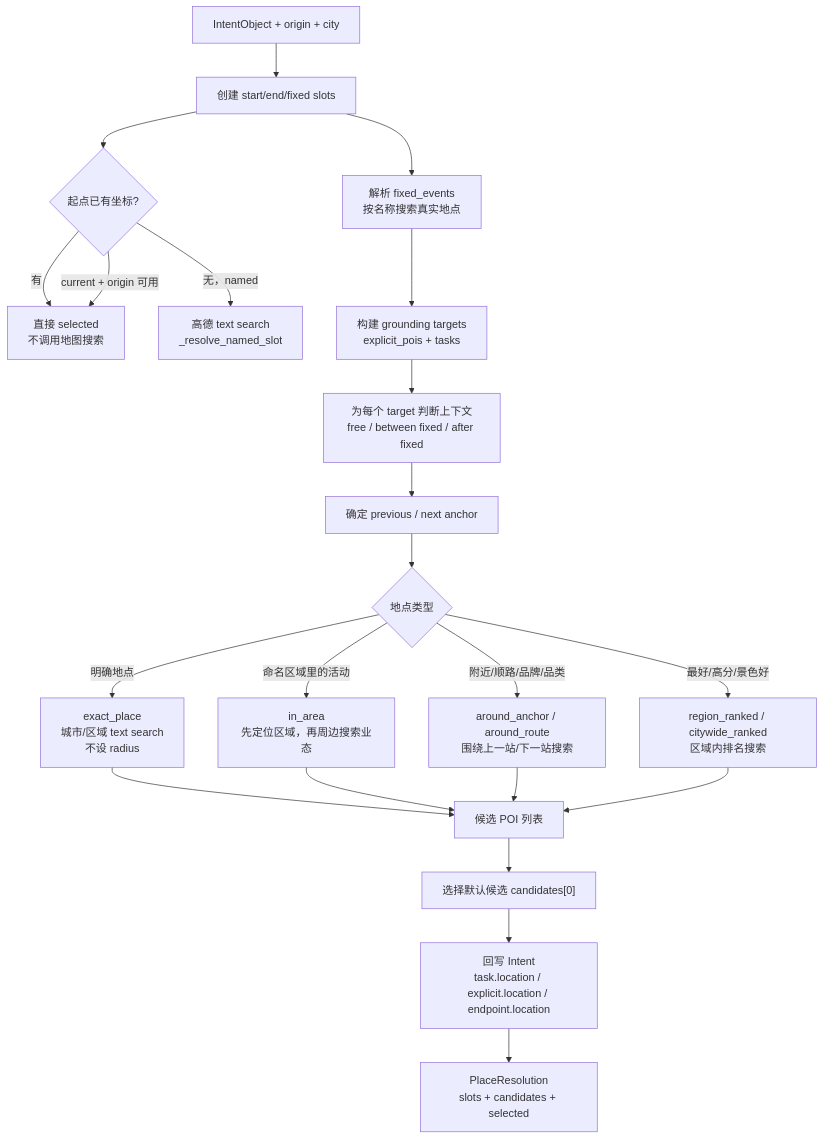
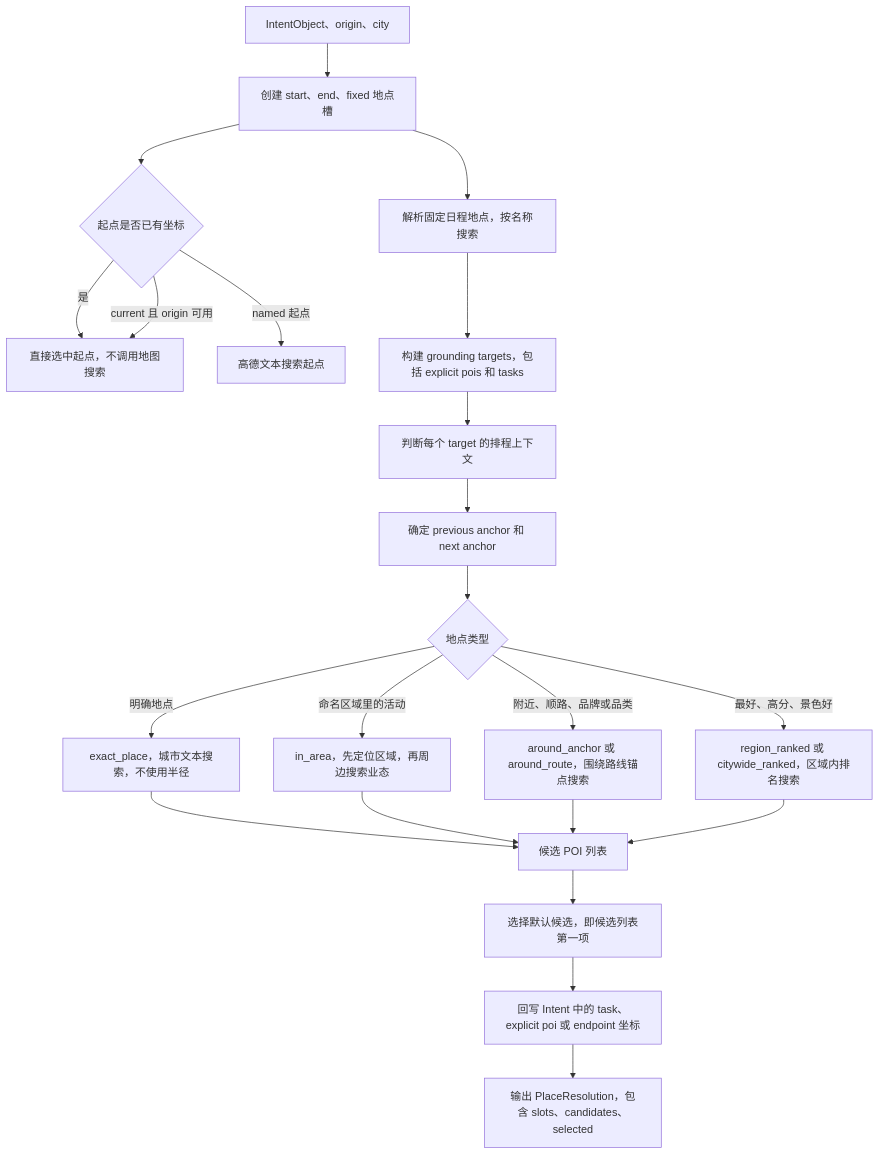
One commit to zhangm25/LLM-Homework changed the fifth of 10 diagrams in docs/SYSTEM_ARCHITECTURE_AND_FLOW.md. Above: the diagram before and after it, drawn with Mermaid.

Commit message:
docs: fix place resolution diagram syntax

````diff
--- a/docs/SYSTEM_ARCHITECTURE_AND_FLOW.md
+++ b/docs/SYSTEM_ARCHITECTURE_AND_FLOW.md
@@ -180,29 +180,29 @@
 ```mermaid
 flowchart TD
-    A["IntentObject + origin + city"] --> B["创建 start/end/fixed slots"]
-    B --> C{"起点已有坐标?"}
-    C -->|有| D["直接 selected<br/>不调用地图搜索"]
-    C -->|无，named| E["高德 text search<br/>_resolve_named_slot"]
-    C -->|current + origin 可用| D
+    A[IntentObject、origin、city] --> B[创建 start、end、fixed 地点槽]
+    B --> C{起点是否已有坐标}
+    C -- 是 --> D[直接选中起点，不调用地图搜索]
+    C -- named 起点 --> E[高德文本搜索起点]
+    C -- current 且 origin 可用 --> D
 
-    B --> F["解析 fixed_events<br/>按名称搜索真实地点"]
-    F --> G["构建 grounding targets<br/>explicit_pois + tasks"]
+    B --> F[解析固定日程地点，按名称搜索]
+    F --> G[构建 grounding targets，包括 explicit pois 和 tasks]
 
-    G --> H["为每个 target 判断上下文<br/>free / between fixed / after fixed"]
-    H --> I["确定 previous / next anchor"]
-    I --> J{"地点类型"}
+    G --> H[判断每个 target 的排程上下文]
+    H --> I[确定 previous anchor 和 next anchor]
+    I --> J{地点类型}
 
-    J -->|"明确地点"| K["exact_place<br/>城市/区域 text search<br/>不设 radius"]
-    J -->|"命名区域里的活动"| L["in_area<br/>先定位区域，再周边搜索业态"]
-    J -->|"附近/顺路/品牌/品类"| M["around_anchor / around_route<br/>围绕上一站/下一站搜索"]
-    J -->|"最好/高分/景色好"| N["region_ranked / citywide_ranked<br/>区域内排名搜索"]
+    J -- 明确地点 --> K[exact_place，城市文本搜索，不使用半径]
+    J -- 命名区域里的活动 --> L[in_area，先定位区域，再周边搜索业态]
+    J -- 附近、顺路、品牌或品类 --> M[around_anchor 或 around_route，围绕路线锚点搜索]
+    J -- 最好、高分、景色好 --> N[region_ranked 或 citywide_ranked，区域内排名搜索]
 
-    K --> O["候选 POI 列表"]
+    K --> O[候选 POI 列表]
     L --> O
     M --> O
     N --> O
 
-    O --> P["选择默认候选 candidates[0]"]
-    P --> Q["回写 Intent<br/>task.location / explicit.location / endpoint.location"]
-    Q --> R["PlaceResolution<br/>slots + candidates + selected"]
+    O --> P[选择默认候选，即候选列表第一项]
+    P --> Q[回写 Intent 中的 task、explicit poi 或 endpoint 坐标]
+    Q --> R[输出 PlaceResolution，包含 slots、candidates、selected]
 ```
````
